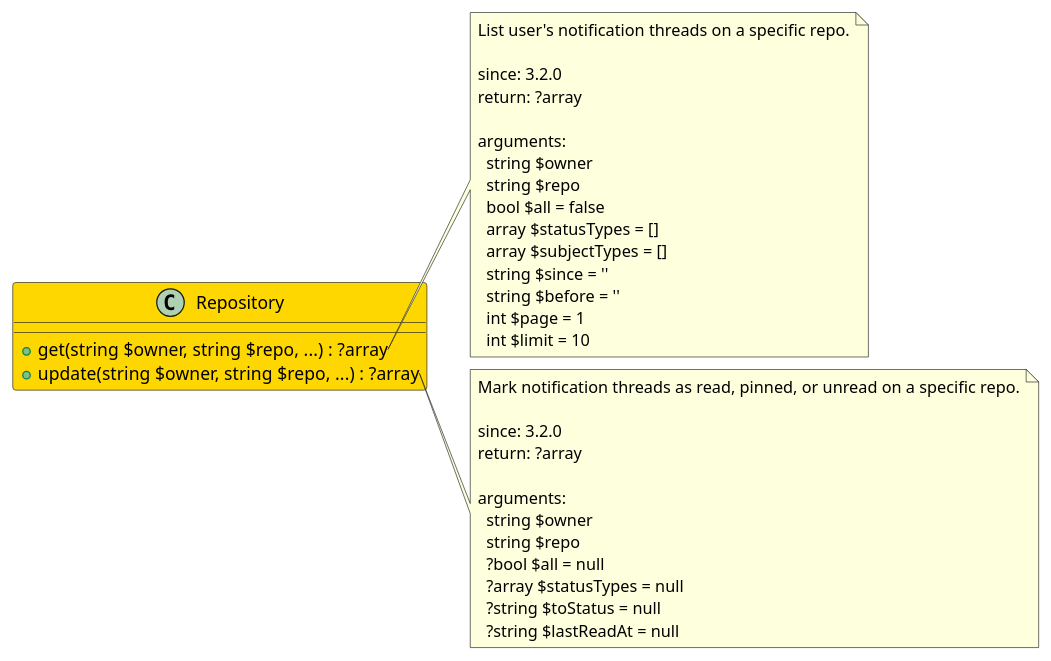
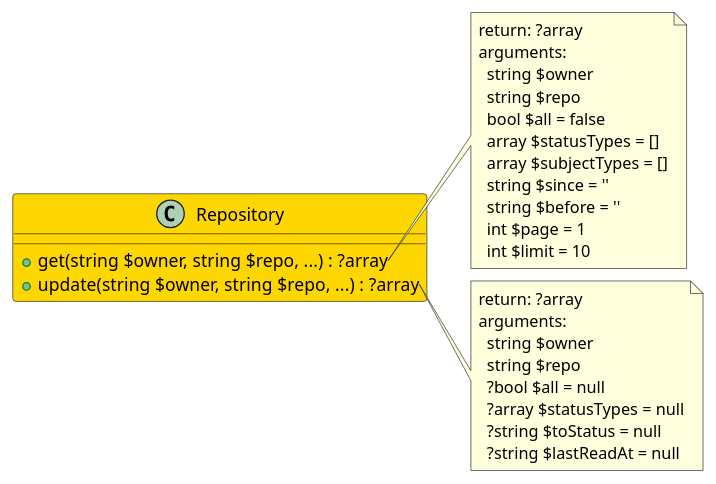
The diagram in src/3a4ce297-4536-45be-b3cc-d93474e55528/README.md (joomengine/gitea), drawn with PlantUML before and after one commit. The commit also changed 370 other files, not shown here.

````diff
--- a/src/3a4ce297-4536-45be-b3cc-d93474e55528/README.md
+++ b/src/3a4ce297-4536-45be-b3cc-d93474e55528/README.md
@@ -6,43 +6,35 @@
 ```uml
 @startuml
 
-class Repository  #Gold {
+class Repository #Gold {
   + get(string $owner, string $repo, ...) : ?array
   + update(string $owner, string $repo, ...) : ?array
 }
 
 note right of Repository::get
-  List user's notification threads on a specific repo.
-
-  since: 3.2.0
   return: ?array
-  
   arguments:
     string $owner
     string $repo
     bool $all = false
     array $statusTypes = []
     array $subjectTypes = []
     string $since = ''
     string $before = ''
     int $page = 1
     int $limit = 10
 end note
 
 note right of Repository::update
-  Mark notification threads as read, pinned, or unread on a specific repo.
-
-  since: 3.2.0
   return: ?array
-  
   arguments:
     string $owner
     string $repo
     ?bool $all = null
     ?array $statusTypes = null
     ?string $toStatus = null
     ?string $lastReadAt = null
 end note
 
 @enduml
 ```
````
